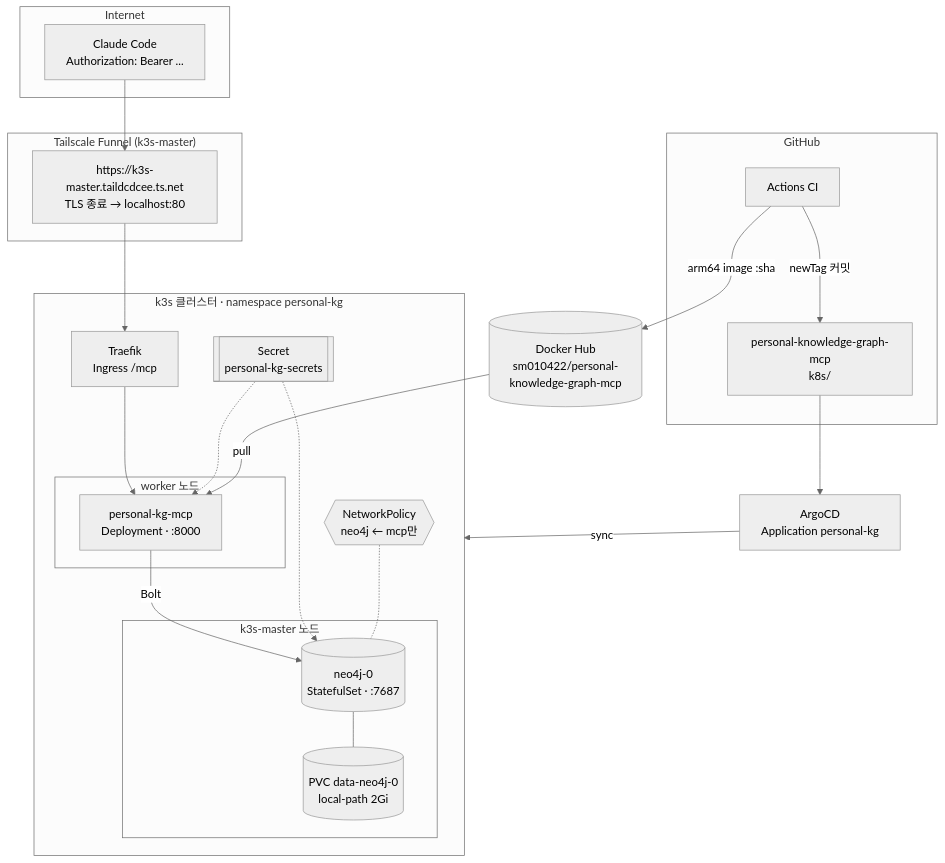
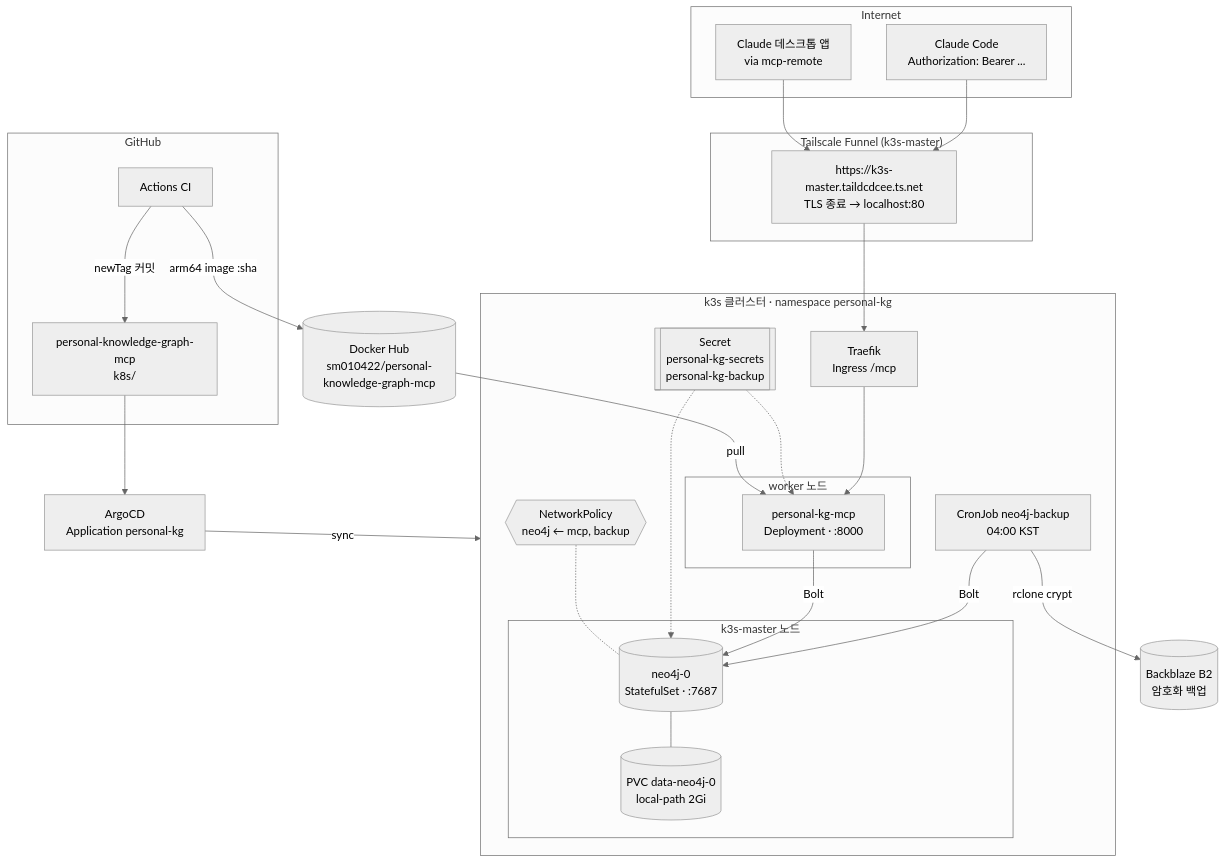
The diagram in docs/deployment.md (sm010422/personal-knowledge-graph-mcp), drawn with Mermaid (neutral theme) before and after one commit. The commit also changed other lines of this file and 5 other files, not shown here.

Commit message:
docs: devlog for backup and first use, request-flow diagrams, sentry/istio plans

````diff
--- a/docs/deployment.md
+++ b/docs/deployment.md
@@ -7,37 +7,43 @@
 ```mermaid
 flowchart TB
     subgraph Internet
         CC[Claude Code<br/>Authorization: Bearer ...]
+        CD[Claude 데스크톱 앱<br/>via mcp-remote]
     end
     subgraph TS["Tailscale Funnel (k3s-master)"]
         F["https://k3s-master.taildcdcee.ts.net<br/>TLS 종료 → localhost:80"]
     end
     subgraph K3s["k3s 클러스터 · namespace personal-kg"]
         T[Traefik<br/>Ingress /mcp]
         subgraph W["worker 노드"]
             M[personal-kg-mcp<br/>Deployment · :8000]
         end
         subgraph MA["k3s-master 노드"]
             N[(neo4j-0<br/>StatefulSet · :7687)]
             PV[(PVC data-neo4j-0<br/>local-path 2Gi)]
         end
-        S[[Secret<br/>personal-kg-secrets]]
-        NP{{NetworkPolicy<br/>neo4j ← mcp만}}
+        S[[Secret<br/>personal-kg-secrets<br/>personal-kg-backup]]
+        NP{{NetworkPolicy<br/>neo4j ← mcp, backup}}
+        BK[CronJob neo4j-backup<br/>04:00 KST]
     end
     subgraph GH[GitHub]
         R[personal-knowledge-graph-mcp<br/>k8s/]
         A[Actions CI]
     end
     DH[(Docker Hub<br/>sm010422/personal-knowledge-graph-mcp)]
     AR[ArgoCD<br/>Application personal-kg]
 
+    B2[(Backblaze B2<br/>암호화 백업)]
     CC --> F --> T --> M
+    CD --> F
+    BK -- Bolt --> N
+    BK -- rclone crypt --> B2
     M -- Bolt --> N --- PV
     S -.-> M & N
     NP -.- N
     A -- arm64 image :sha --> DH
     A -- newTag 커밋 --> R
     AR -- sync --> K3s
     R --> AR
     DH -- pull --> M
 ```
````
